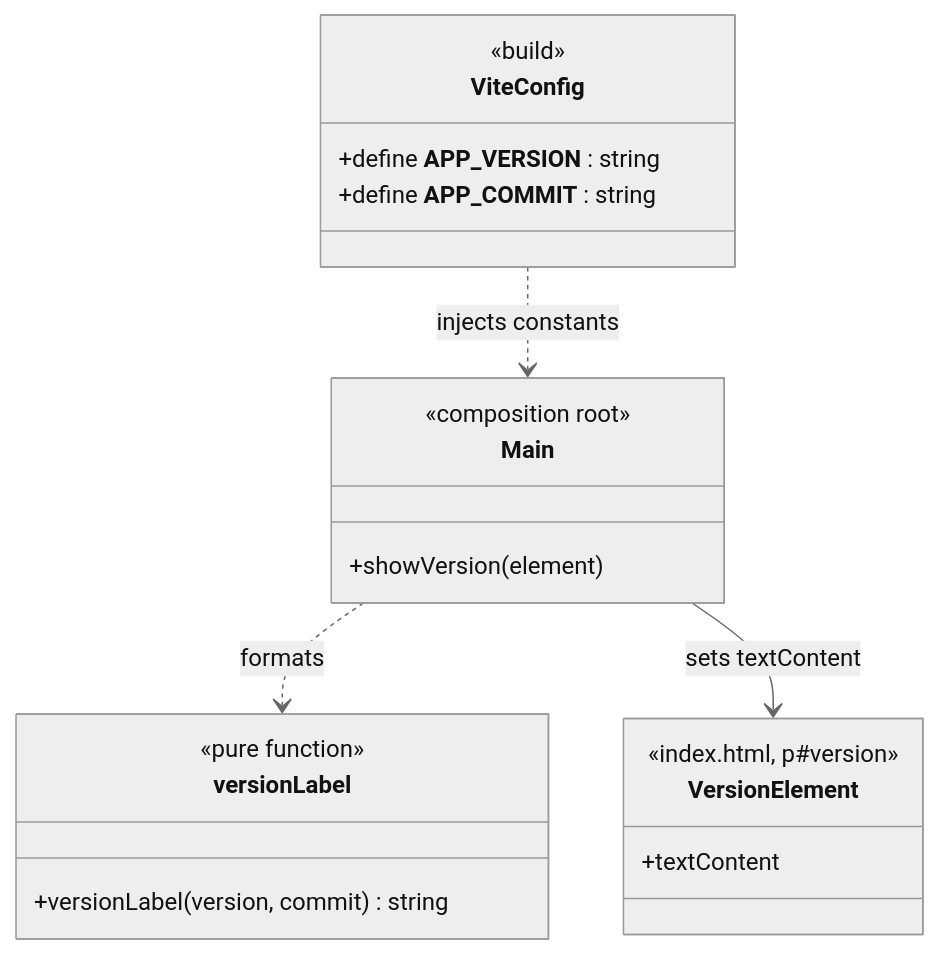
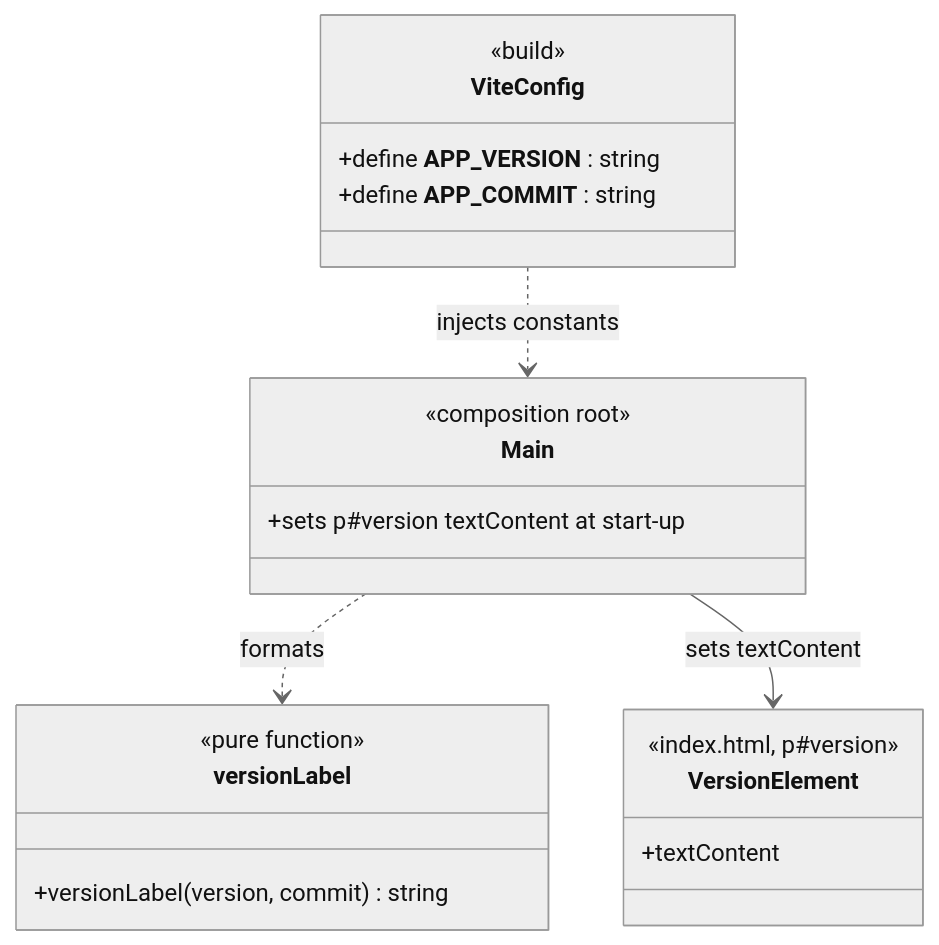
Before and after one commit to benoit-bremaud/retro-shmup: the first of 2 diagrams in docs/architecture/diagrams/meta/06-class-version-label.md, drawn with Mermaid (neutral theme). The commit also changed 11 other files, not shown here.

First line of the commit message:
feat(ui): show the game version as page text outside the canvas (#89)

````diff
--- a/docs/architecture/diagrams/meta/06-class-version-label.md
+++ b/docs/architecture/diagrams/meta/06-class-version-label.md
@@ -16,23 +16,23 @@
 ```mermaid
 classDiagram
   class ViteConfig {
     <<build>>
     +define __APP_VERSION__ : string
     +define __APP_COMMIT__ : string
   }
   class versionLabel {
     <<pure function>>
     +versionLabel(version, commit) string
   }
   class Main {
     <<composition root>>
-    +showVersion(element)
+    +sets p#version textContent at start-up
   }
   class VersionElement {
     <<index.html, p#version>>
     +textContent
   }
   ViteConfig ..> Main : injects constants
   Main ..> versionLabel : formats
   Main --> VersionElement : sets textContent
 ```
````
